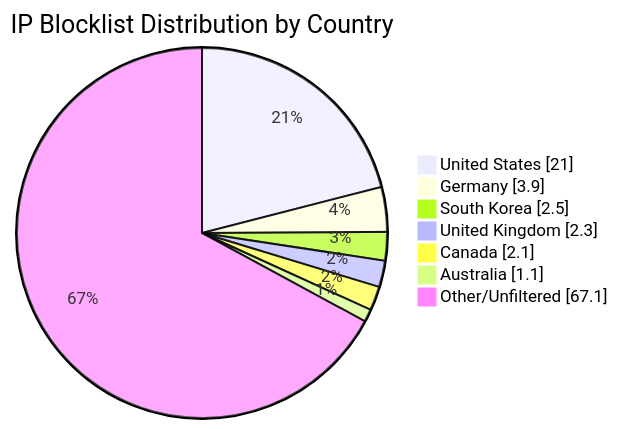
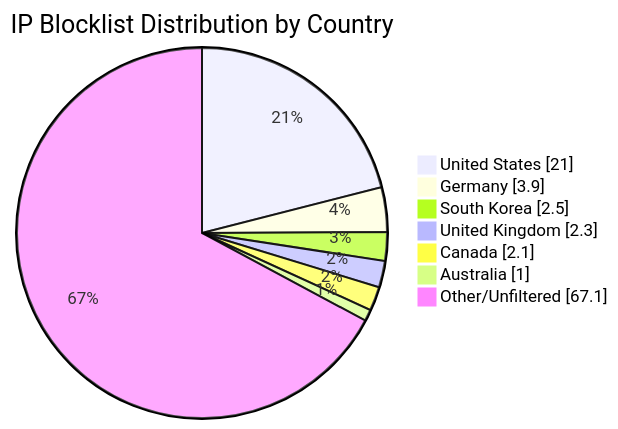
The diagram in README.md (MarcusHoltz/ipblocklist-geofiltered-aggregator), drawn with Mermaid before and after one commit. The commit also changed other lines of this file and 9 other files, not shown here.

````diff
--- a/README.md
+++ b/README.md
@@ -34,10 +34,10 @@
 ```mermaid
 pie showData title IP Blocklist Distribution by Country
 "United States" : 21.0
 "Germany" : 3.9
 "South Korea" : 2.5
 "United Kingdom" : 2.3
 "Canada" : 2.1
-"Australia" : 1.1
+"Australia" : 1.0
 "Other/Unfiltered" : 67.1
 ```
````
